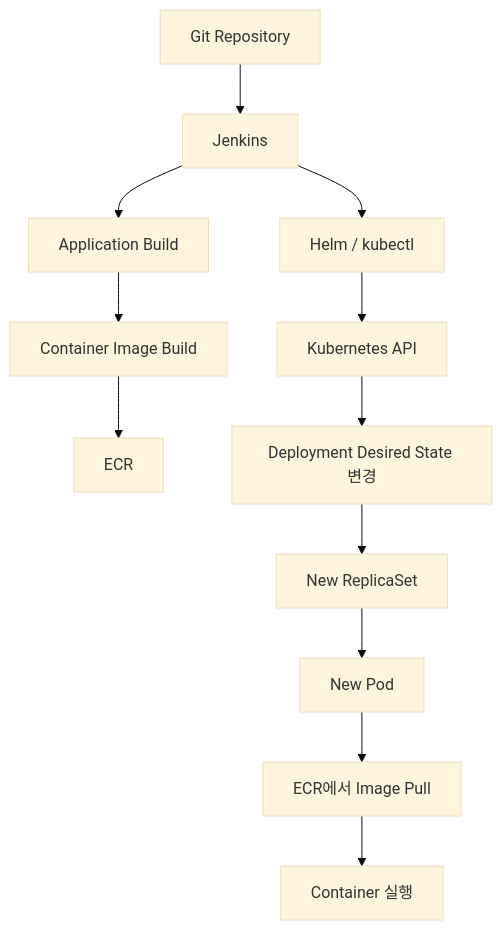
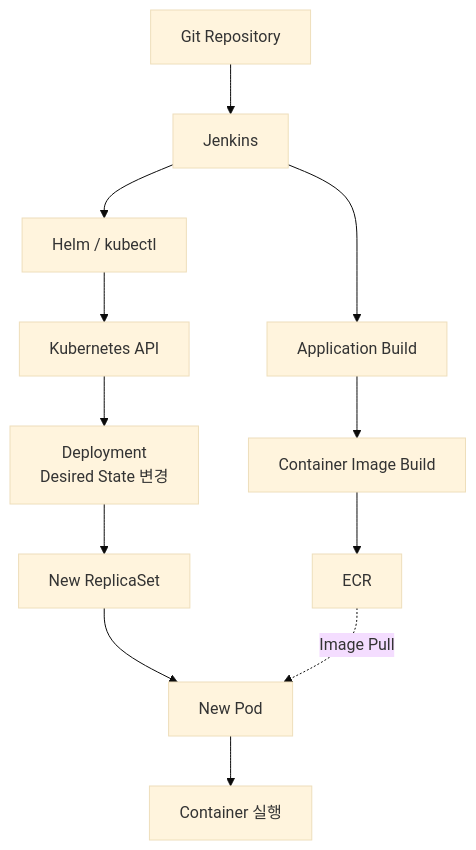
The seventh of 10 diagrams in _posts/2026-08-16-jenkins-eks-deployment-flow.md (jw3418/jw3418.github.io), drawn with Mermaid (base theme) before and after one commit. The commit also changed other lines of this file, not shown here.

Commit message:
Update title and content for deployment flow article

````diff
--- a/_posts/2026-08-16-jenkins-eks-deployment-flow.md
+++ b/_posts/2026-08-16-jenkins-eks-deployment-flow.md
@@ -478,17 +403,17 @@
 ```mermaid
 flowchart TD
-    A["Git Repository"] --> B["Jenkins"]
+    G["Git Repository"] --> J["Jenkins"]
 
-    B --> C["Application Build"]
-    C --> D["Container Image Build"]
-    D --> E["ECR"]
+    J --> B["Application Build"]
+    B --> I["Container Image Build"]
+    I --> E["ECR"]
 
-    B --> F["Helm / kubectl"]
-    F --> G["Kubernetes API"]
-    G --> H["Deployment Desired State 변경"]
+    J --> H["Helm / kubectl"]
+    H --> API["Kubernetes API"]
+    API --> D["Deployment<br/>Desired State 변경"]
 
-    H --> I["New ReplicaSet"]
-    I --> J["New Pod"]
-    J --> K["ECR에서 Image Pull"]
-    K --> L["Container 실행"]
+    D --> R["New ReplicaSet"]
+    R --> P["New Pod"]
+    E -. "Image Pull" .-> P
+    P --> C["Container 실행"]
 ```
````
